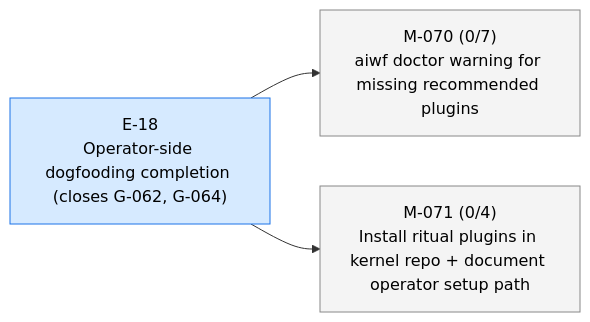
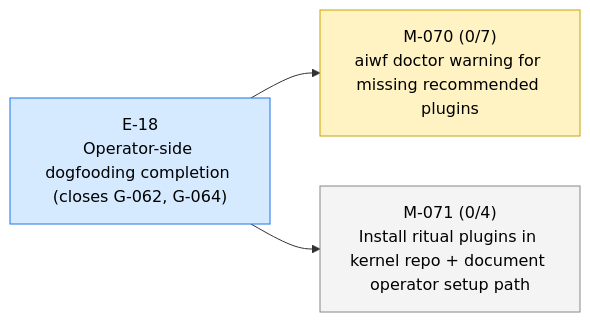
Before and after one commit to 23min/aiwf: the first of 3 diagrams in STATUS.md, drawn with Mermaid. The commit also changed other lines of this file and 1 other file, not shown here.

First line of the commit message:
aiwf promote M-070 draft -> in_progress

````diff
--- a/STATUS.md
+++ b/STATUS.md
@@ -12,14 +12,14 @@
 ```mermaid
 flowchart LR
   E_18["E-18<br/>Operator-side dogfooding completion (closes G-062, G-064)"]:::epic_active
-  M_070["M-070 (0/7)<br/>aiwf doctor warning for missing recommended plugins"]:::ms_draft
+  M_070["M-070 (0/7)<br/>aiwf doctor warning for missing recommended plugins"]:::ms_in_progress
   E_18 --> M_070
   M_071["M-071 (0/4)<br/>Install ritual plugins in kernel repo + document operator setup path"]:::ms_draft
   E_18 --> M_071
   classDef epic_active fill:#d6eaff,stroke:#1a73e8,color:#000
   classDef epic_proposed fill:#f4f4f4,stroke:#888,color:#000
   classDef ms_done fill:#d8f5d8,stroke:#2a8a2a,color:#000
   classDef ms_in_progress fill:#fff3c4,stroke:#caa400,color:#000
   classDef ms_draft fill:#f4f4f4,stroke:#888,color:#000
   classDef ms_cancelled fill:#fbeaea,stroke:#c33,color:#000
 ```
````
